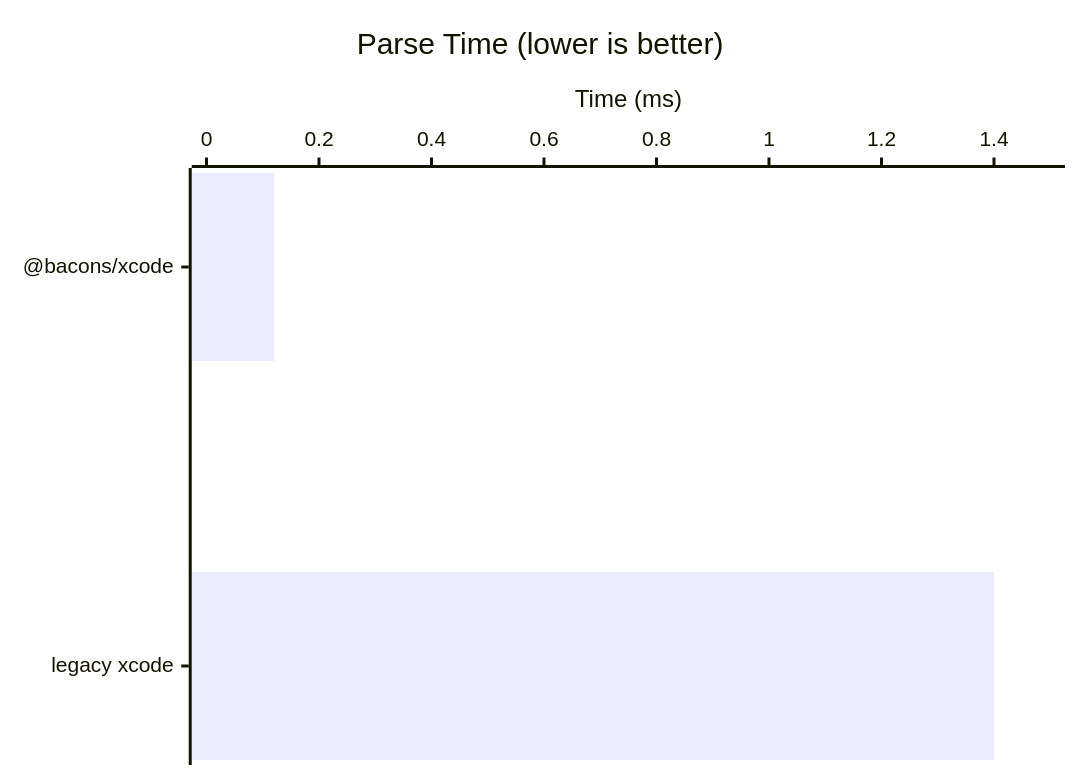
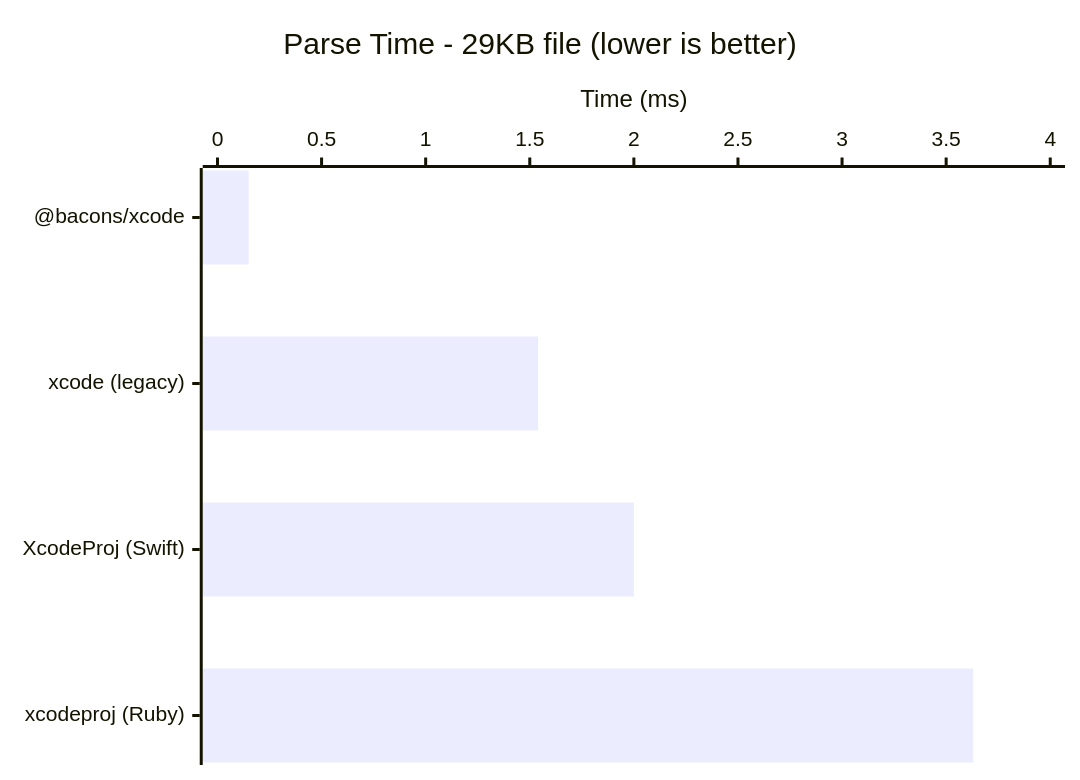
Before and after one commit to EvanBacon/xcode: the diagram in README.md, drawn with Mermaid. The commit also changed other lines of this file and 9 other files, not shown here.

````diff
--- a/README.md
+++ b/README.md
@@ -13,7 +13,7 @@
 ```mermaid
 xychart-beta horizontal
-  title "Parse Time (lower is better)"
-  x-axis ["@bacons/xcode", "legacy xcode"]
-  y-axis "Time (ms)" 0 --> 1.5
-  bar [0.12, 1.4]
+  title "Parse Time - 29KB file (lower is better)"
+  x-axis ["@bacons/xcode", "xcode (legacy)", "XcodeProj (Swift)", "xcodeproj (Ruby)"]
+  y-axis "Time (ms)" 0 --> 4
+  bar [0.15, 1.54, 2.00, 3.63]
 ```
````
